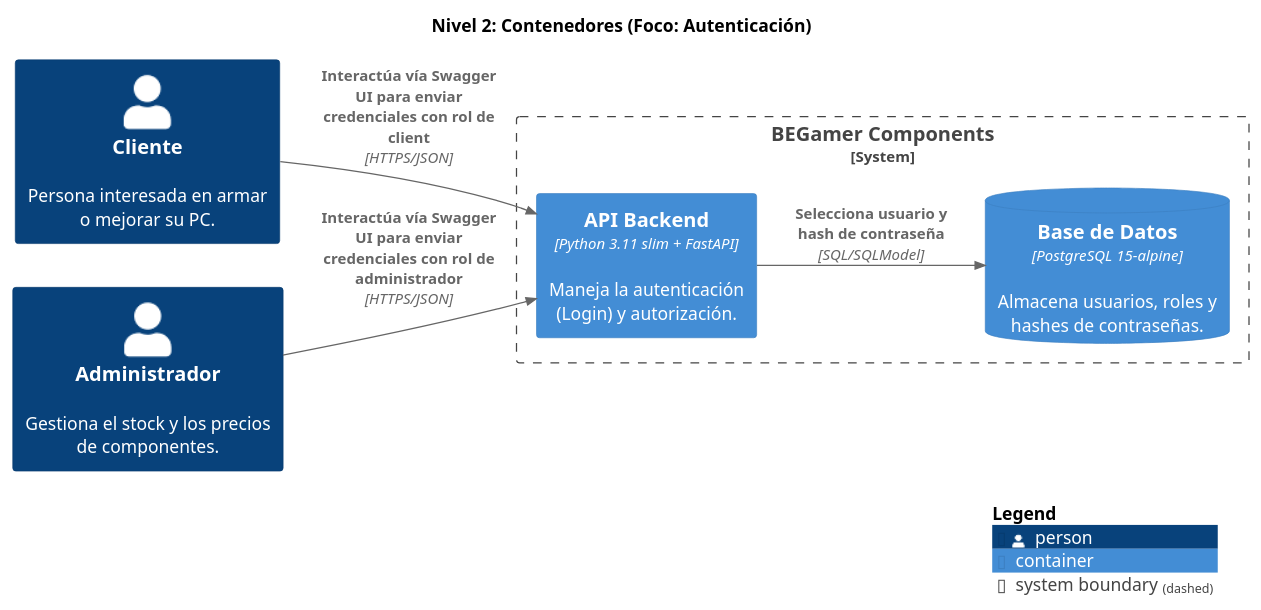
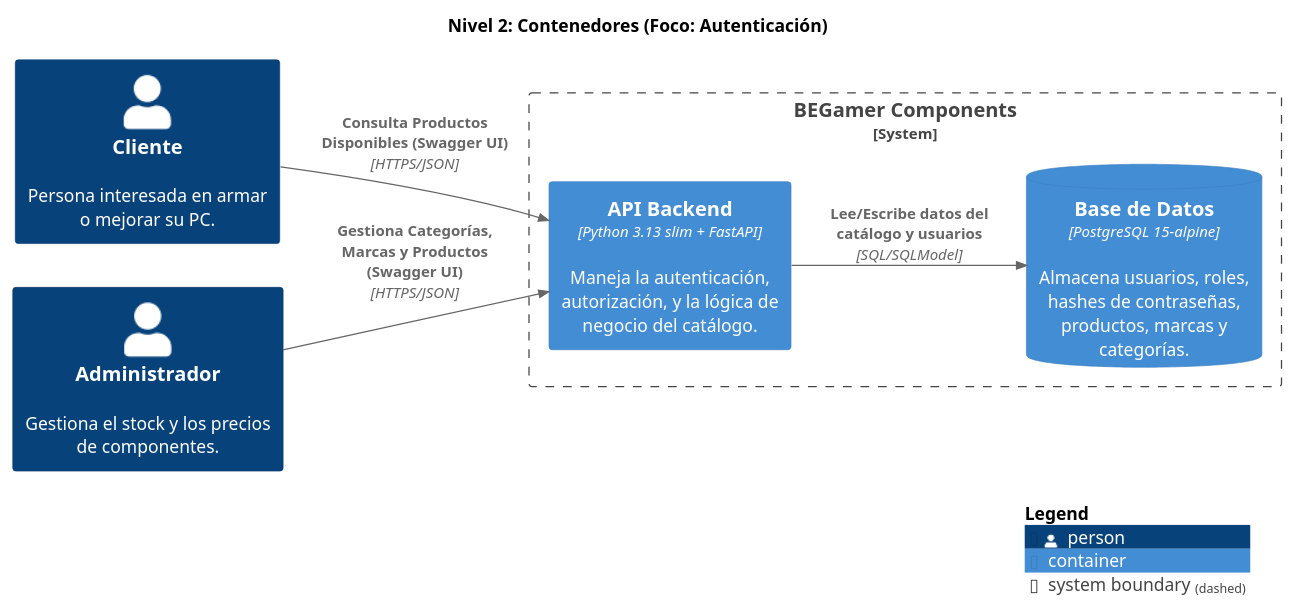
One commit to BruizN/BEGAMER-PC-COMPONENTS changed the diagram in master/puml/Contenedores.puml. Above: the diagram before and after it, drawn with PlantUML. The commit also changed 11 other files, not shown here.

```diff
--- a/master/puml/Contenedores.puml
+++ b/master/puml/Contenedores.puml
@@ -1,24 +1,24 @@
 @startuml
 set separator none
 title Nivel 2: Contenedores (Foco: Autenticación)
 
 left to right direction
 
 !include <C4/C4>
 !include <C4/C4_Context>
 !include <C4/C4_Container>
 
 Person(Cliente, "Cliente", $descr="Persona interesada en armar o mejorar su PC.", $tags="", $link="")
 Person(Administrador, "Administrador", $descr="Gestiona el stock y los precios de componentes.", $tags="", $link="")
 
 System_Boundary("BEGamerComponents_boundary", "BEGamer Components", $tags="") {
-  Container(BEGamerComponents.APIBackend, "API Backend", $techn="Python 3.11 slim + FastAPI", $descr="Maneja la autenticación (Login) y autorización.", $tags="", $link="")
-  ContainerDb(BEGamerComponents.BasedeDatos, "Base de Datos", $techn="PostgreSQL 15-alpine", $descr="Almacena usuarios, roles y hashes de contraseñas.", $tags="", $link="")
+  Container(BEGamerComponents.APIBackend, "API Backend", $techn="Python 3.13 slim + FastAPI", $descr="Maneja la autenticación, autorización, y la lógica de negocio del catálogo.", $tags="", $link="")
+  ContainerDb(BEGamerComponents.BasedeDatos, "Base de Datos", $techn="PostgreSQL 15-alpine", $descr="Almacena usuarios, roles, hashes de contraseñas, productos, marcas y categorías.", $tags="", $link="")
 }
 
-Rel(Administrador, BEGamerComponents.APIBackend, "Interactúa vía Swagger UI para enviar credenciales con rol de administrador", $techn="HTTPS/JSON", $tags="", $link="")
-Rel(Cliente, BEGamerComponents.APIBackend, "Interactúa vía Swagger UI para enviar credenciales con rol de client", $techn="HTTPS/JSON", $tags="", $link="")
-Rel(BEGamerComponents.APIBackend, BEGamerComponents.BasedeDatos, "Selecciona usuario y hash de contraseña", $techn="SQL/SQLModel", $tags="", $link="")
+Rel(Administrador, BEGamerComponents.APIBackend, "Gestiona Categorías, Marcas y Productos (Swagger UI)", $techn="HTTPS/JSON", $tags="", $link="")
+Rel(Cliente, BEGamerComponents.APIBackend, "Consulta Productos Disponibles (Swagger UI)", $techn="HTTPS/JSON", $tags="", $link="")
+Rel(BEGamerComponents.APIBackend, BEGamerComponents.BasedeDatos, "Lee/Escribe datos del catálogo y usuarios", $techn="SQL/SQLModel", $tags="", $link="")
 
 SHOW_LEGEND(true)
 @enduml
```
